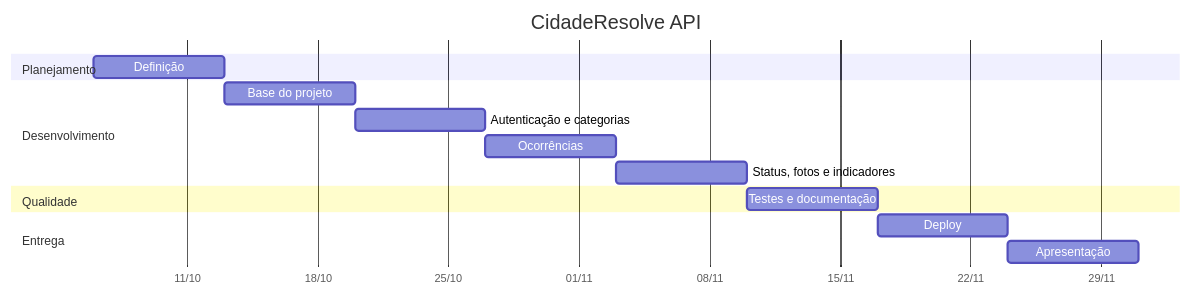
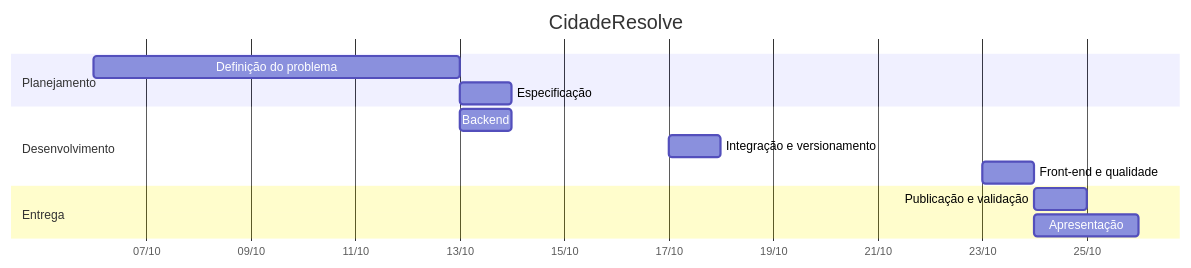
The diagram in docs/04-cronograma.md (Jovemzs/CidadeResolveAPI), drawn with Mermaid before and after one commit. The commit also changed other lines of this file and 17 other files, not shown here.

````diff
--- a/docs/04-cronograma.md
+++ b/docs/04-cronograma.md
@@ -18,18 +21,16 @@
 ```mermaid
 gantt
-    title CidadeResolve API
+    title CidadeResolve
     dateFormat YYYY-MM-DD
     axisFormat %d/%m
     section Planejamento
-    Definição                     :e1, 2026-10-06, 7d
+    Definição do problema         :e1, 2026-10-06, 7d
+    Especificação                 :e2, 2026-10-13, 1d
     section Desenvolvimento
-    Base do projeto               :e2, 2026-10-13, 7d
-    Autenticação e categorias     :e3, 2026-10-20, 7d
-    Ocorrências                   :e4, 2026-10-27, 7d
-    Status, fotos e indicadores   :e5, 2026-11-03, 7d
-    section Qualidade
-    Testes e documentação         :e6, 2026-11-10, 7d
+    Backend                       :e3, 2026-10-13, 1d
+    Integração e versionamento    :e4, 2026-10-17, 1d
+    Front-end e qualidade         :e5, 2026-10-23, 1d
     section Entrega
-    Deploy                        :e7, 2026-11-17, 7d
-    Apresentação                  :e8, 2026-11-24, 7d
+    Publicação e validação        :e6, 2026-10-24, 1d
+    Apresentação                  :e7, 2026-10-24, 2d
 ```
````
